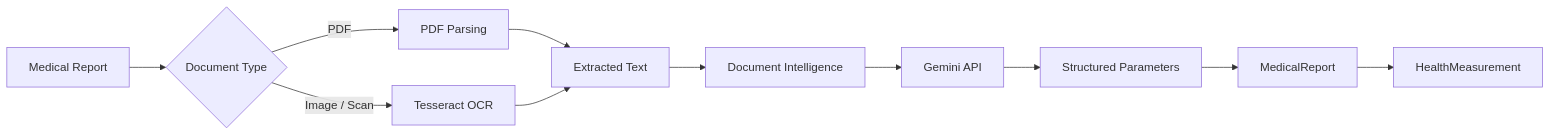
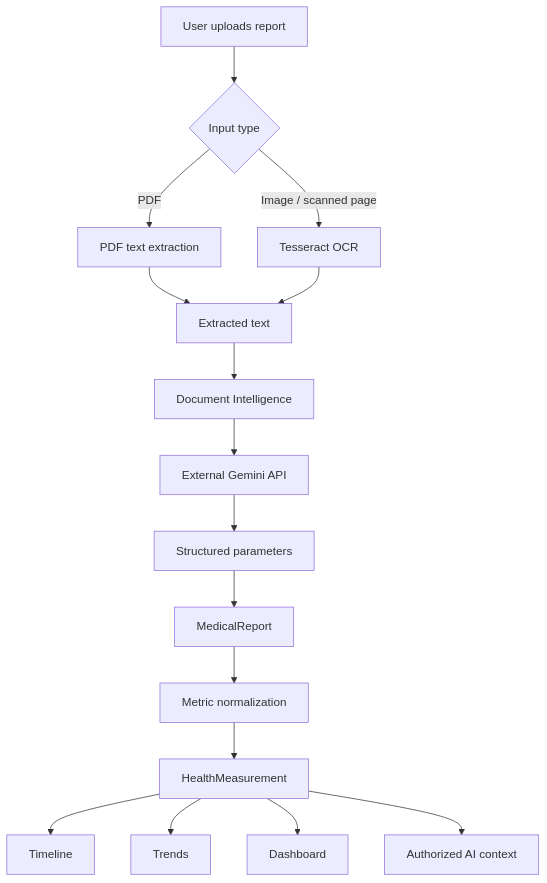
The second of 5 diagrams in README.md (Its-AtharvDeshmukh/HealthOrbit), drawn with Mermaid before and after one commit. The commit also changed other lines of this file, not shown here.

````diff
--- a/README.md
+++ b/README.md
@@ -177,13 +193,23 @@
 ```mermaid
-flowchart LR
-    A[Medical Report] --> B{Document Type}
-    B -->|PDF| C[PDF Parsing]
-    B -->|Image / Scan| D[Tesseract OCR]
-    C --> E[Extracted Text]
+flowchart TD
+    A[User uploads report] --> B{Input type}
+
+    B -->|PDF| C[PDF text extraction]
+    B -->|Image / scanned page| D[Tesseract OCR]
+
+    C --> E[Extracted text]
     D --> E
+
     E --> F[Document Intelligence]
-    F --> G[Gemini API]
-    G --> H[Structured Parameters]
+    F --> G[External Gemini API]
+    G --> H[Structured parameters]
+
     H --> I[MedicalReport]
-    I --> J[HealthMeasurement]
+    I --> J[Metric normalization]
+    J --> K[HealthMeasurement]
+
+    K --> L[Timeline]
+    K --> M[Trends]
+    K --> N[Dashboard]
+    K --> O[Authorized AI context]
 ```
````
